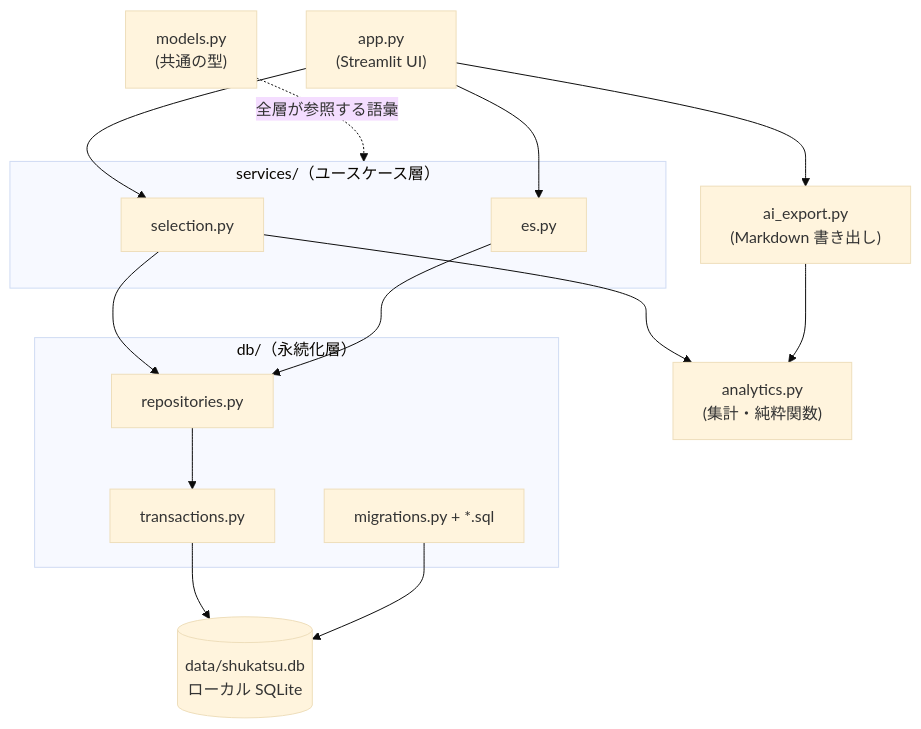
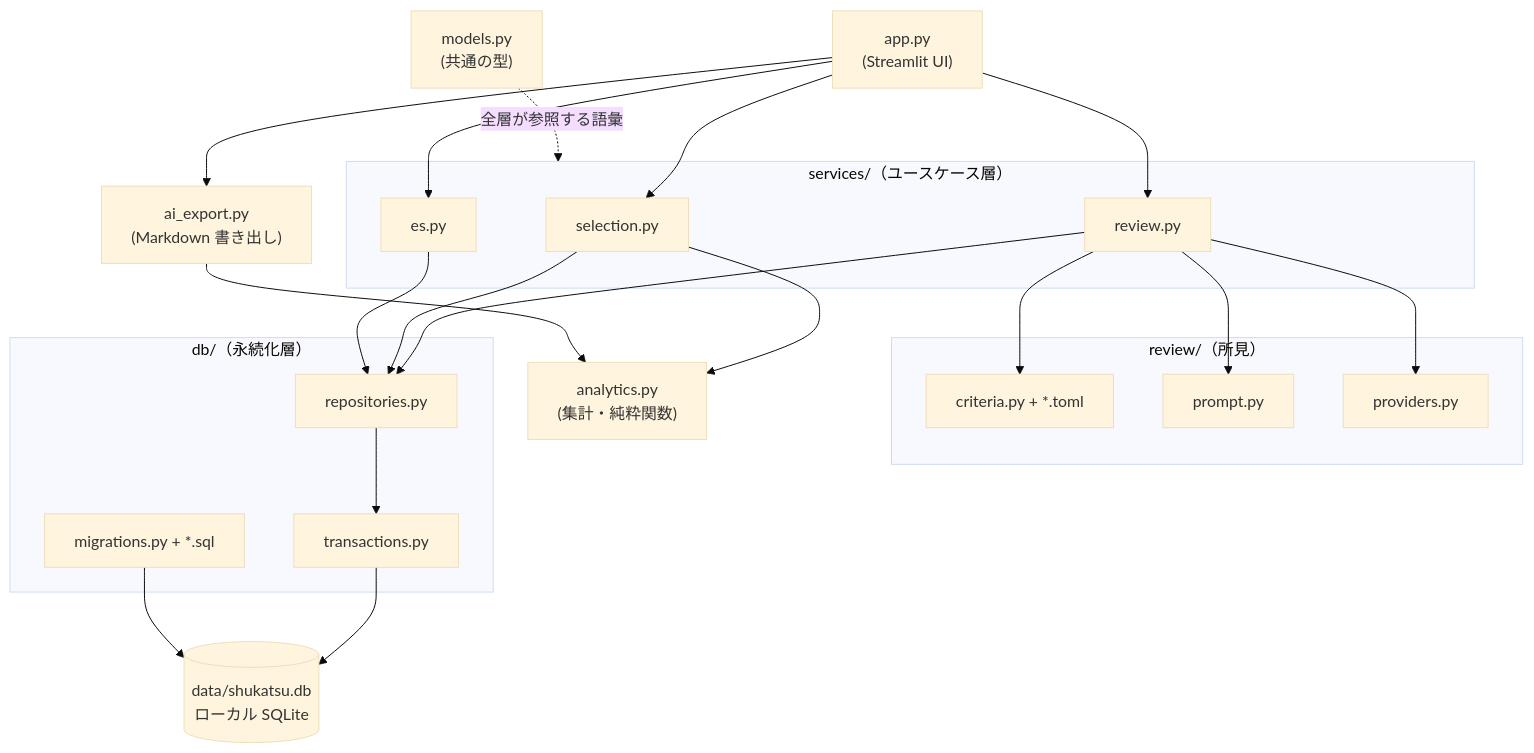
Before and after one commit to Natto2026/shukatsu-tracker: the diagram in docs/architecture.md, drawn with Mermaid (base theme). The commit also changed other lines of this file and 30 other files, not shown here.

````diff
--- a/docs/architecture.md
+++ b/docs/architecture.md
@@ -34,29 +40,40 @@
 ```mermaid
 flowchart TB
     UI["app.py<br>(Streamlit UI)"]
     subgraph services["services/（ユースケース層）"]
         SEL["selection.py"]
         ES["es.py"]
+        RV["review.py"]
+    end
+    subgraph review["review/（所見）"]
+        CR["criteria.py + *.toml"]
+        PR["prompt.py"]
+        PV["providers.py"]
     end
     subgraph db["db/（永続化層）"]
         REPO["repositories.py"]
         TX["transactions.py"]
         MIG["migrations.py + *.sql"]
     end
     AN["analytics.py<br>(集計・純粋関数)"]
     EX["ai_export.py<br>(Markdown 書き出し)"]
     MD["models.py<br>(共通の型)"]
     SQL[("data/shukatsu.db<br>ローカル SQLite")]
 
     UI --> SEL
     UI --> ES
+    UI --> RV
     UI --> EX
+    RV --> CR
+    RV --> PR
+    RV --> PV
+    RV --> REPO
     SEL --> AN
     SEL --> REPO
     ES --> REPO
     REPO --> TX
     TX --> SQL
     MIG --> SQL
     EX --> AN
     MD -.->|全層が参照する語彙| services
 ```
````
